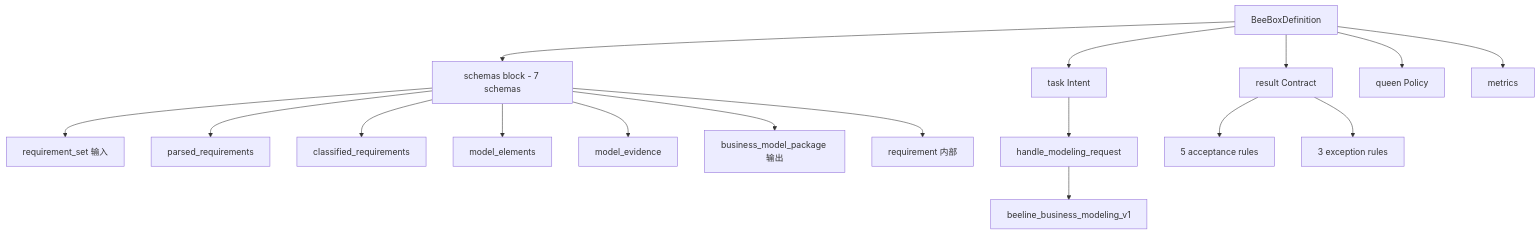
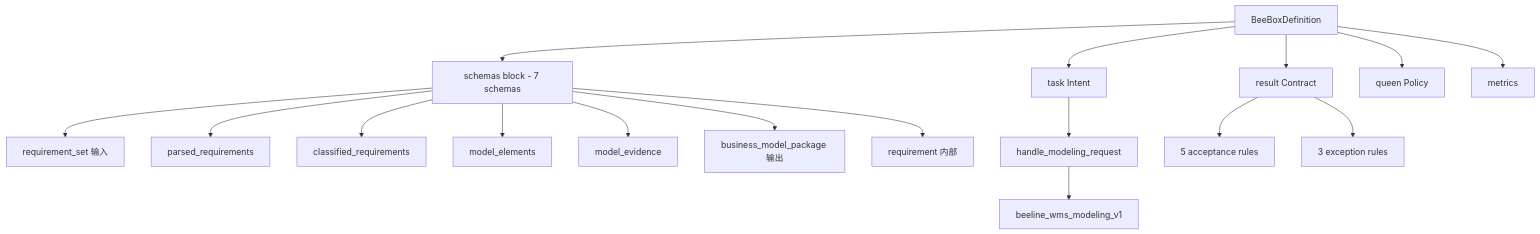
One commit to chehuizi/beeOS changed the diagram in boxes/modeling/README.md. Above: the diagram before and after it, drawn with Mermaid. The commit also changed other lines of this file and 21 other files, not shown here.

First line of the commit message:
Business Modeling Box → WMS Modeling Box（id 也迁）+ 真正 WMS 化

````diff
--- a/boxes/modeling/README.md
+++ b/boxes/modeling/README.md
@@ -25,23 +25,23 @@
 ```mermaid
 flowchart TB
     Def[BeeBoxDefinition]
     Def --> Schemas[schemas block - 7 schemas]
     Def --> Task[task Intent]
     Def --> Result[result Contract]
     Def --> Queen[queen Policy]
     Def --> Metrics[metrics]
 
     Schemas --> S1[requirement_set 输入]
     Schemas --> S2[parsed_requirements]
     Schemas --> S3[classified_requirements]
     Schemas --> S4[model_elements]
     Schemas --> S5[model_evidence]
     Schemas --> S6[business_model_package 输出]
     Schemas --> S7[requirement 内部]
 
     Task --> T1[handle_modeling_request]
-    T1 --> BL[beeline_business_modeling_v1]
+    T1 --> BL[beeline_wms_modeling_v1]
 
     Result --> R1[5 acceptance rules]
     Result --> R2[3 exception rules]
 ```
````
